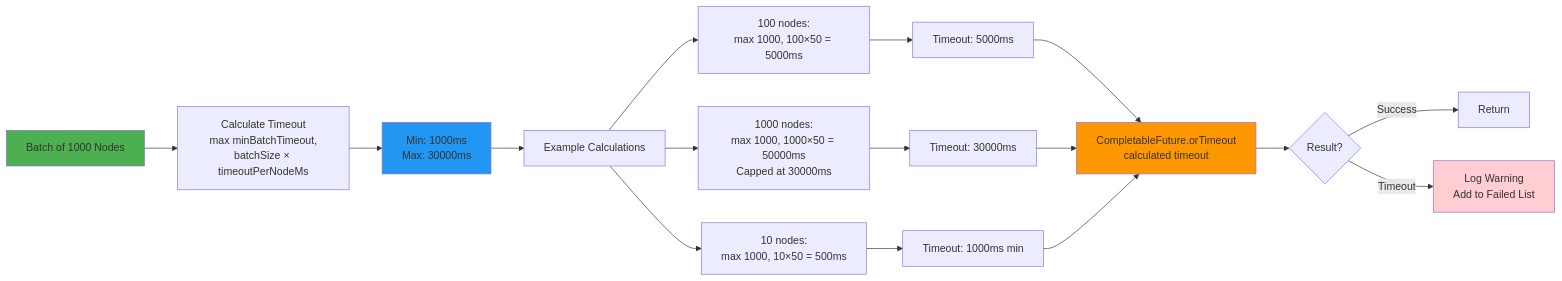
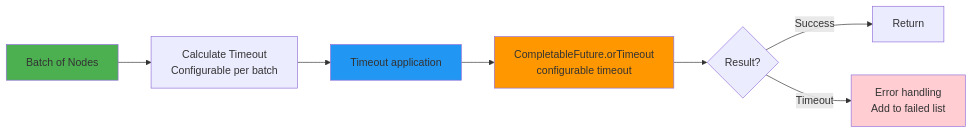
Diagram 19 of 27 in docs/Low Level Designs/NodesImport.md (kagit00/schedule_x), drawn with Mermaid before and after one commit. The commit also changed other lines of this file and 7 other files, not shown here.

````diff
--- a/docs/Low Level Designs/NodesImport.md
+++ b/docs/Low Level Designs/NodesImport.md
@@ -955,30 +816,17 @@
 ```mermaid
 flowchart LR
-    A[Batch of 1000 Nodes] --> B[Calculate Timeout<br/>max minBatchTimeout,<br/>batchSize × timeoutPerNodeMs]
+    A[Batch of Nodes] --> B[Calculate Timeout<br/>Configurable per batch]
     
-    B --> C[Min: 1000ms<br/>Max: 30000ms]
+    B --> C[Timeout application]
     
-    C --> D[Example Calculations]
+    C --> D[CompletableFuture.orTimeout<br/>configurable timeout]
     
-    D --> E[100 nodes:<br/>max 1000, 100×50 = 5000ms]
-    E --> F[Timeout: 5000ms]
-    
-    D --> G[1000 nodes:<br/>max 1000, 1000×50 = 50000ms<br/>Capped at 30000ms]
-    G --> H[Timeout: 30000ms]
-    
-    D --> I[10 nodes:<br/>max 1000, 10×50 = 500ms]
-    I --> J[Timeout: 1000ms min]
-    
-    F --> K[CompletableFuture.orTimeout<br/>calculated timeout]
-    H --> K
-    J --> K
-    
-    K --> L{Result?}
-    L -->|Success| M[Return]
-    L -->|Timeout| N[Log Warning<br/>Add to Failed List]
+    D --> E{Result?}
+    E -->|Success| F[Return]
+    E -->|Timeout| G[Error handling<br/>Add to failed list]
     
     style A fill:#4CAF50
     style C fill:#2196F3
-    style K fill:#FF9800
-    style N fill:#FFCDD2
+    style D fill:#FF9800
+    style G fill:#FFCDD2
 ```
````
